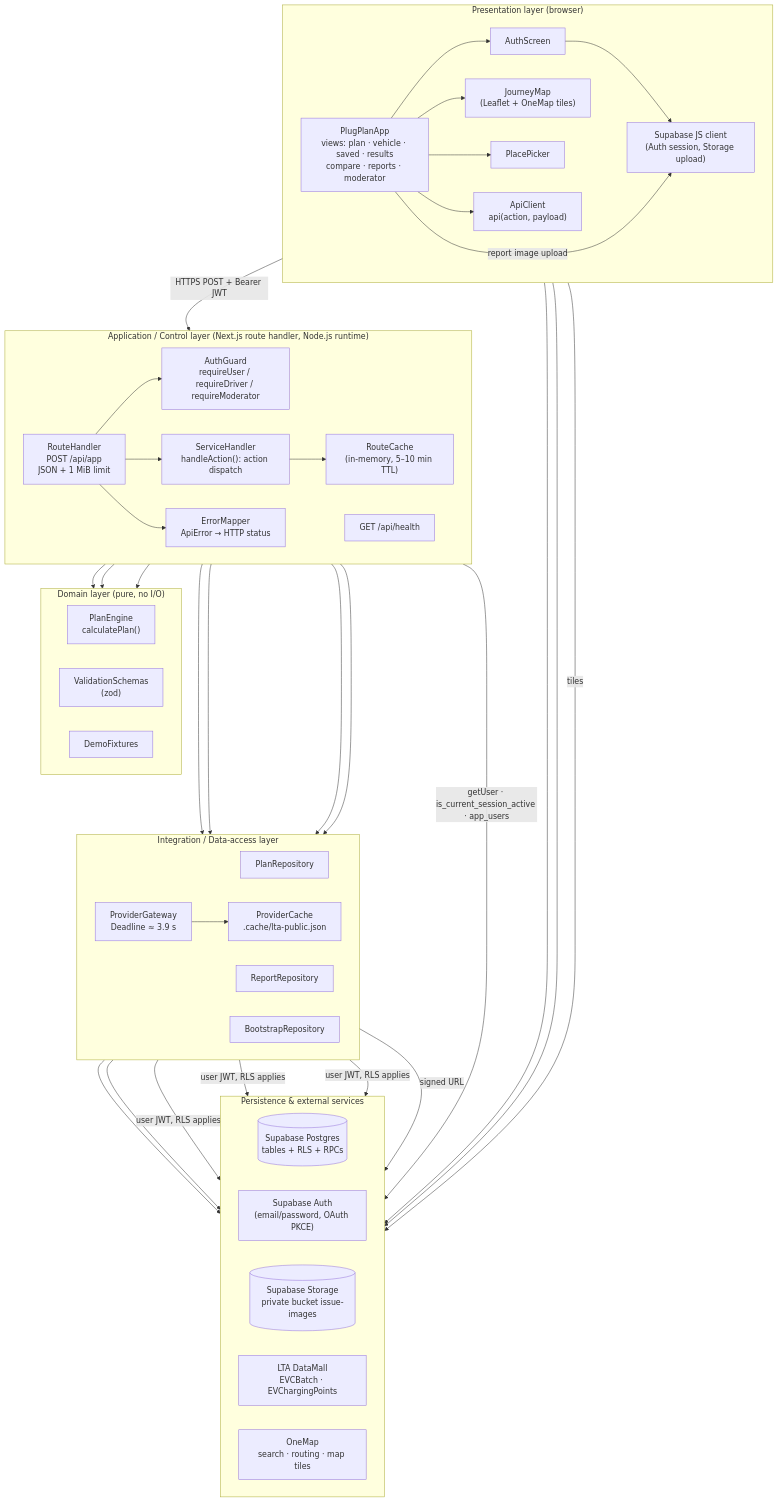
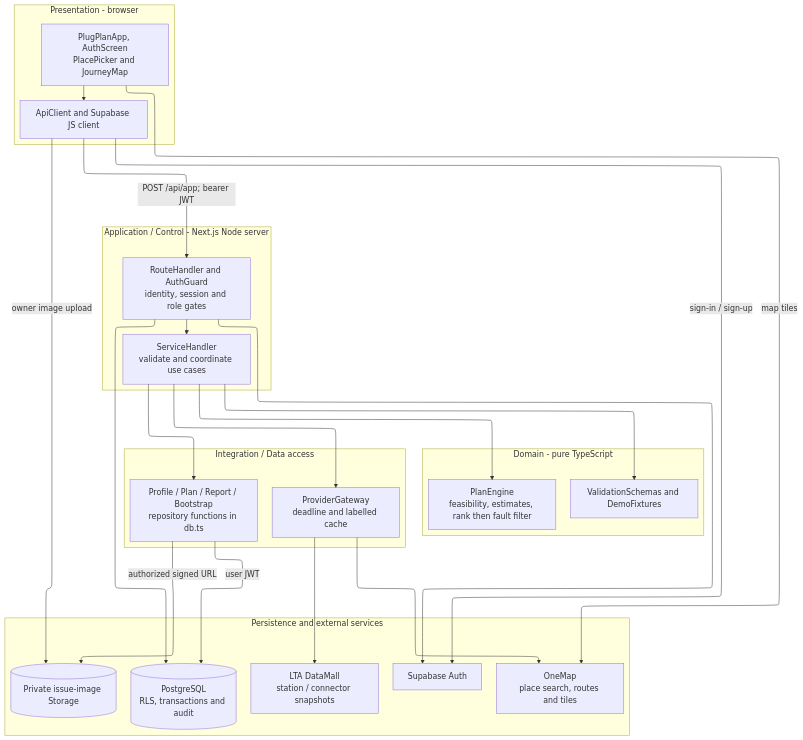
One commit to SunnyRaymond/SC2006-SCE3-04 changed the first of 3 diagrams in Lab 3/systemArchitecture.md. Above: the diagram before and after it, drawn with Mermaid. The commit also changed other lines of this file and 69 other files, not shown here.

````diff
--- a/Lab 3/systemArchitecture.md
+++ b/Lab 3/systemArchitecture.md
@@ -19,78 +19,46 @@
 ```mermaid
+---
+config:
+  layout: elk
+---
 flowchart TB
-    subgraph P["Presentation layer (browser)"]
-        direction LR
-        UI["PlugPlanApp<br/>views: plan · vehicle · saved · results<br/>compare · reports · moderator"]
-        AUTHUI["AuthScreen"]
-        MAP["JourneyMap<br/>(Leaflet + OneMap tiles)"]
-        PICK["PlacePicker"]
-        APIC["ApiClient<br/>api(action, payload)"]
-        SBC["Supabase JS client<br/>(Auth session, Storage upload)"]
+    subgraph Browser["Presentation - browser"]
+        UI["PlugPlanApp, AuthScreen<br/>PlacePicker and JourneyMap"]
+        CLIENT["ApiClient and Supabase JS client"]
     end
-
-    subgraph A["Application / Control layer (Next.js route handler, Node.js runtime)"]
-        direction LR
-        RH["RouteHandler<br/>POST /api/app<br/>JSON + 1 MiB limit"]
-        AG["AuthGuard<br/>requireUser / requireDriver / requireModerator"]
-        SH["ServiceHandler<br/>handleAction(): action dispatch"]
-        EM["ErrorMapper<br/>ApiError → HTTP status"]
-        RC["RouteCache<br/>(in-memory, 5–10 min TTL)"]
-        HC["GET /api/health"]
+    subgraph Server["Application / Control - Next.js Node server"]
+        API["RouteHandler and AuthGuard<br/>identity, session and role gates"]
+        SERVICE["ServiceHandler<br/>validate and coordinate use cases"]
     end
-
-    subgraph D["Domain layer (pure, no I/O)"]
-        direction LR
-        PE["PlanEngine<br/>calculatePlan()"]
-        VS["ValidationSchemas<br/>(zod)"]
-        DF["DemoFixtures"]
+    subgraph Domain["Domain - pure TypeScript"]
+        ENGINE["PlanEngine<br/>feasibility, estimates, rank then fault filter"]
+        SCHEMAS["ValidationSchemas and DemoFixtures"]
     end
-
-    subgraph I["Integration / Data-access layer"]
-        direction LR
-        PR["PlanRepository"]
-        RR["ReportRepository"]
-        BR["BootstrapRepository"]
-        PG["ProviderGateway<br/>Deadline ≈ 3.9 s"]
-        PC["ProviderCache<br/>.cache/lta-public.json"]
+    subgraph Integration["Integration / Data access"]
+        REPO["Profile / Plan / Report / Bootstrap<br/>repository functions in db.ts"]
+        PROVIDER["ProviderGateway<br/>deadline and labelled cache"]
     end
-
-    subgraph S["Persistence & external services"]
-        direction LR
-        DB[("Supabase Postgres<br/>tables + RLS + RPCs")]
-        AUTH["Supabase Auth<br/>(email/password, OAuth PKCE)"]
-        ST[("Supabase Storage<br/>private bucket issue-images")]
-        LTA["LTA DataMall<br/>EVCBatch · EVChargingPoints"]
-        OM["OneMap<br/>search · routing · map tiles"]
+    subgraph Services["Persistence and external services"]
+        AUTH["Supabase Auth"]
+        DB[("PostgreSQL<br/>RLS, transactions and audit")]
+        STORAGE[("Private issue-image Storage")]
+        LTA["LTA DataMall<br/>station / connector snapshots"]
+        OM["OneMap<br/>place search, routes and tiles"]
     end
-
-    %% invisible links keep the five layers stacked top to bottom
-    P ~~~ A
-    A ~~~ D
-    D ~~~ I
-    I ~~~ S
-
-    UI --> AUTHUI & MAP & PICK
-    UI --> APIC
-    AUTHUI --> SBC
-    UI -- "report image upload" --> SBC
-    APIC -- "HTTPS POST + Bearer JWT" --> RH
-
-    RH --> AG
-    RH --> SH
-    RH --> EM
-    SH --> RC
-    SH --> PE & VS & DF
-    SH --> PR & RR & BR
-    SH --> PG
-    AG -- "getUser · is_current_session_active · app_users" --> DB
-
-    PG --> PC
-    PG --> LTA
-    PG --> OM
-    PR & RR & BR -- "user JWT, RLS applies" --> DB
-    RR -- "signed URL" --> ST
-
-    SBC --> AUTH
-    SBC --> ST
-    MAP -- "tiles" --> OM
+    UI --> CLIENT
+    CLIENT -->|"POST /api/app; bearer JWT"| API
+    API --> SERVICE
+    API --> AUTH
+    API --> DB
+    SERVICE --> ENGINE
+    SERVICE --> SCHEMAS
+    SERVICE --> REPO
+    SERVICE --> PROVIDER
+    REPO -->|"user JWT"| DB
+    REPO -->|"authorized signed URL"| STORAGE
+    PROVIDER --> LTA
+    PROVIDER --> OM
+    CLIENT -->|"sign-in / sign-up"| AUTH
+    CLIENT -->|"owner image upload"| STORAGE
+    UI -->|"map tiles"| OM
 ```
````
